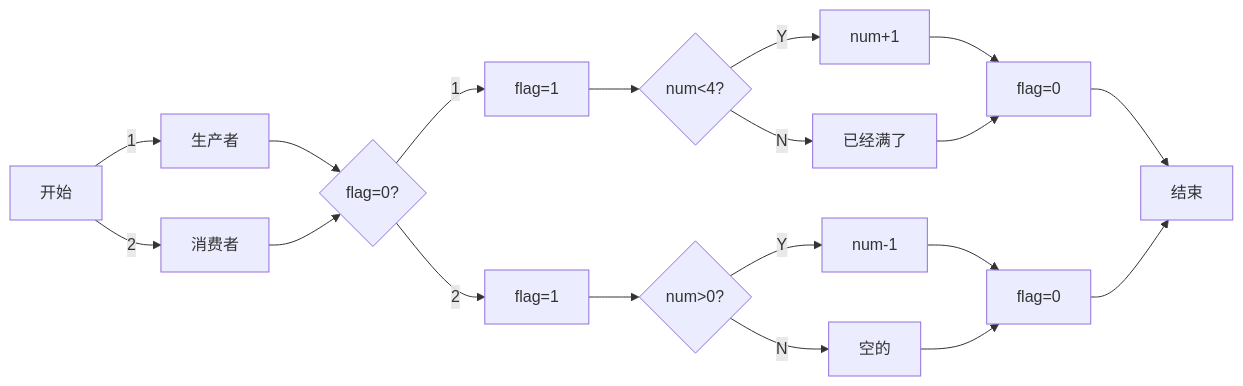
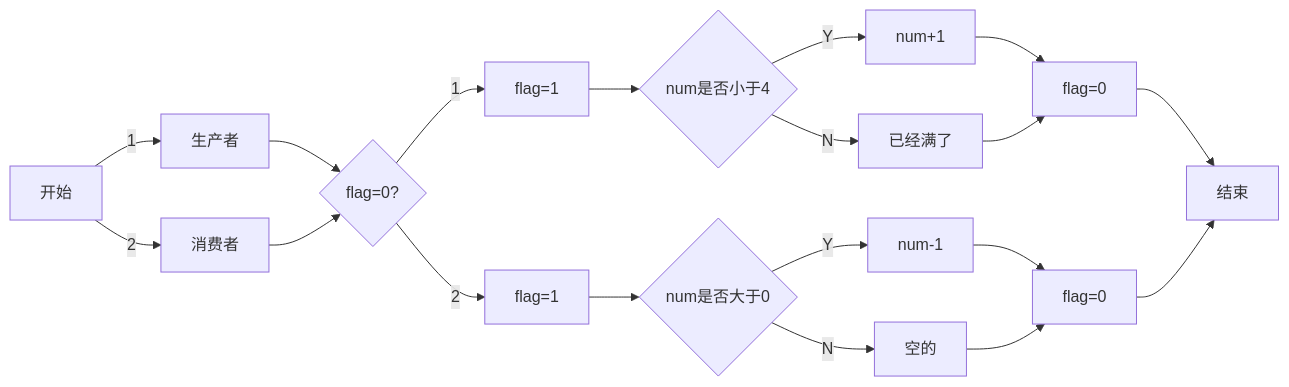
One commit to srcrs/srcrs.github.io changed the fourth of 4 diagrams in source/_posts/进程同步之生产者与消费者关系.md. Above: the diagram before and after it, drawn with Mermaid. The commit also changed other lines of this file, not shown here.

Commit message:
文章更改

````diff
--- a/source/_posts/进程同步之生产者与消费者关系.md
+++ b/source/_posts/进程同步之生产者与消费者关系.md
@@ -108,21 +108,21 @@
 ```mermaid
 graph LR
 start[开始] -- 1 --> 1[生产者]
 start -- 2 --> 2[消费者]
 1 --> flag{flag=0?}
 2 --> flag
 flag -- 1 --> a[flag=1]
 flag -- 2 --> b[flag=1]
-a --> numa{num<4?}
+a --> numa{num是否小于4}
 numa -- Y --> a1[num+1]
 numa -- N --> b1[已经满了]
-b --> numb{num>0?}
+b --> numb{num是否大于0}
 numb -- Y --> a2[num-1]
 numb -- N --> b2[空的]
 a1 --> flag1[flag=0]
 b1 --> flag1
 a2 --> flag2[flag=0]
 b2 --> flag2
 flag1 --> stop[结束]
 flag2 --> stop[结束]
 ```
````
